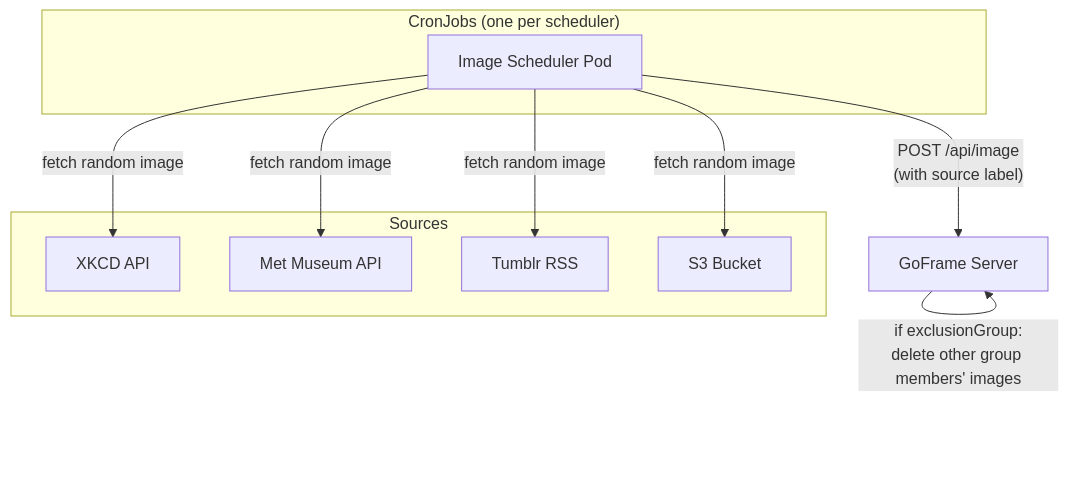
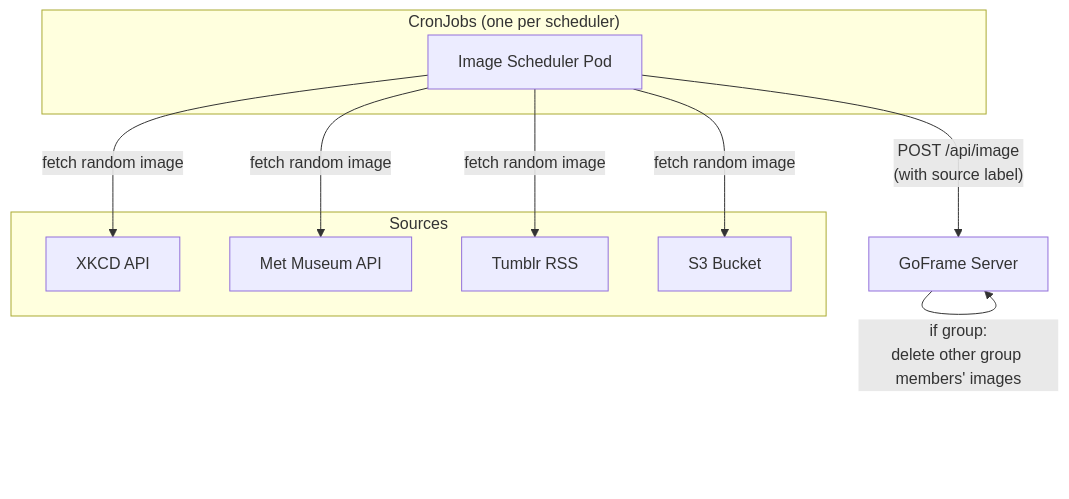
Before and after one commit to jo-hoe/goframe: the seventh of 7 diagrams in docs/architecture.md, drawn with Mermaid. The commit also changed other lines of this file, not shown here.

Commit message:
added architecture image

````diff
--- a/docs/architecture.md
+++ b/docs/architecture.md
@@ -181,22 +181,22 @@
 ```mermaid
 graph TD
     subgraph "Sources"
         XKCD[XKCD API]
         MET[Met Museum API]
         TUMBLR[Tumblr RSS]
         S3SRC[S3 Bucket]
     end
 
     subgraph "CronJobs (one per scheduler)"
         CJ[Image Scheduler Pod]
     end
 
     CJ -->|fetch random image| XKCD
     CJ -->|fetch random image| MET
     CJ -->|fetch random image| TUMBLR
     CJ -->|fetch random image| S3SRC
 
     CJ -->|"POST /api/image<br/>(with source label)"| SRV[GoFrame Server]
 
-    SRV -->|"if exclusionGroup:<br/>delete other group members' images"| SRV
+    SRV -->|"if group:<br/>delete other group members' images"| SRV
 ```
````
